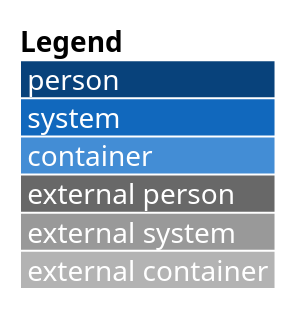
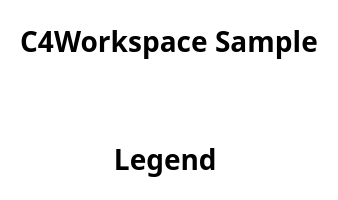
One commit to la-fabrique/plantuml-serializer changed the diagram in src/__tests__/workspaces/workspace.puml. Above: the diagram before and after it, drawn with PlantUML. The commit also changed 21 other files, not shown here.

```diff
--- a/src/__tests__/workspaces/workspace.puml
+++ b/src/__tests__/workspaces/workspace.puml
@@ -1,4 +1,5 @@
-@startuml Workspace Sample
+@startuml
 !include https://raw.githubusercontent.com/plantuml-stdlib/C4-PlantUML/master/C4_Container.puml
-LAYOUT_WITH_LEGEND()
+title C4Workspace Sample
+SHOW_LEGEND()
 @enduml
```
